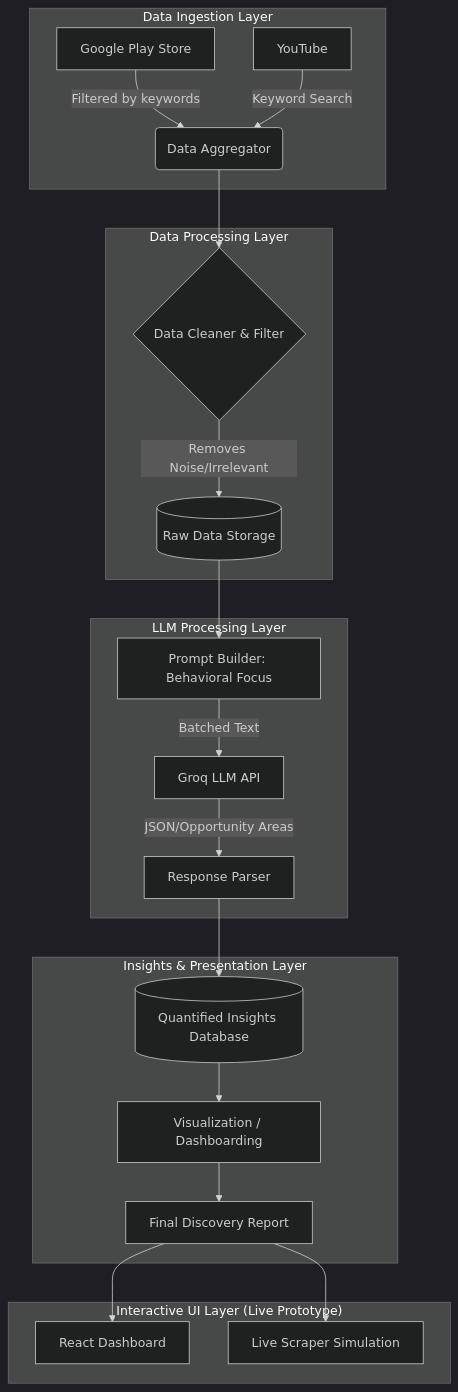
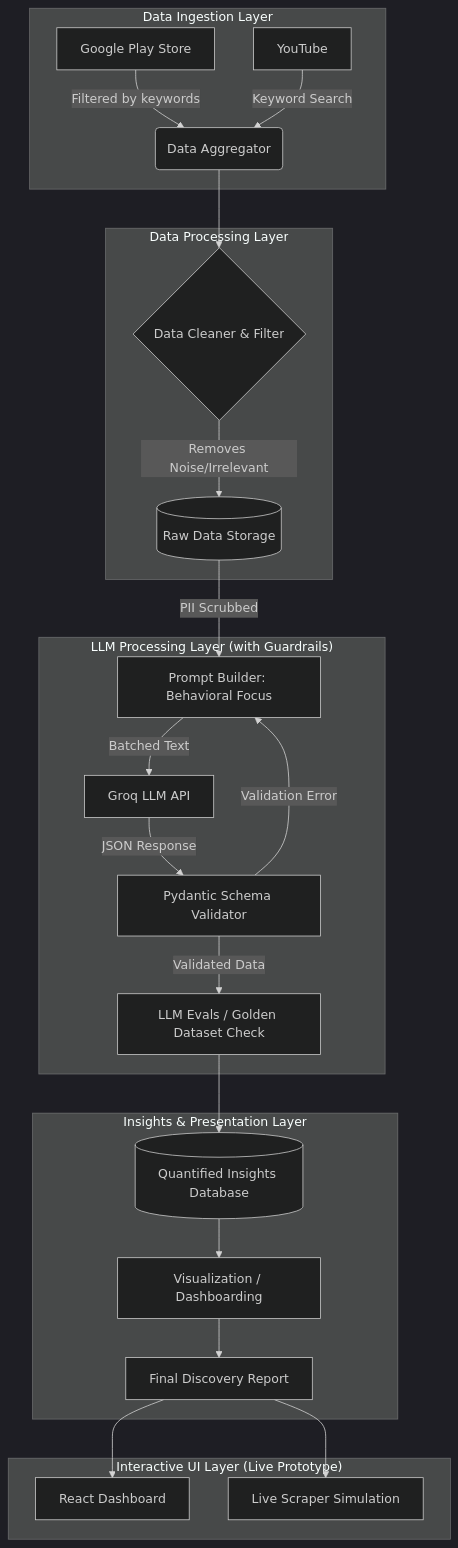
The diagram in docs/architecture.md (parassaini05/Grad-Project), drawn with Mermaid (dark theme) before and after one commit. The commit also changed other lines of this file and 5 other files, not shown here.

Commit message:
feat: implement LLM guardrails, automated evals, and remove Part 2 documentation

````diff
--- a/docs/architecture.md
+++ b/docs/architecture.md
@@ -7,29 +7,31 @@
 ```mermaid
 graph TD
     subgraph "Data Ingestion Layer"
         A[Google Play Store] --> |Filtered by keywords| C(Data Aggregator)
         B[YouTube] --> |Keyword Search| C(Data Aggregator)
     end
 
     subgraph "Data Processing Layer"
         C --> D{Data Cleaner & Filter}
         D --> |Removes Noise/Irrelevant| E[(Raw Data Storage)]
     end
 
-    subgraph "LLM Processing Layer"
-        E --> F[Prompt Builder: Behavioral Focus]
+    subgraph "LLM Processing Layer (with Guardrails)"
+        E --> |PII Scrubbed| F[Prompt Builder: Behavioral Focus]
         F --> |Batched Text| G[Groq LLM API]
-        G --> |JSON/Opportunity Areas| H[Response Parser]
+        G --> |JSON Response| H[Pydantic Schema Validator]
+        H --> |Validation Error| F
+        H --> |Validated Data| I[LLM Evals / Golden Dataset Check]
     end
 
     subgraph "Insights & Presentation Layer"
-        H --> I[(Quantified Insights Database)]
-        I --> J[Visualization / Dashboarding]
-        J --> K[Final Discovery Report]
+        I --> J[(Quantified Insights Database)]
+        J --> K[Visualization / Dashboarding]
+        K --> L[Final Discovery Report]
     end
 
     subgraph "Interactive UI Layer (Live Prototype)"
-        K --> L[React Dashboard]
-        K --> M[Live Scraper Simulation]
+        L --> M[React Dashboard]
+        L --> N[Live Scraper Simulation]
     end
 ```
````
